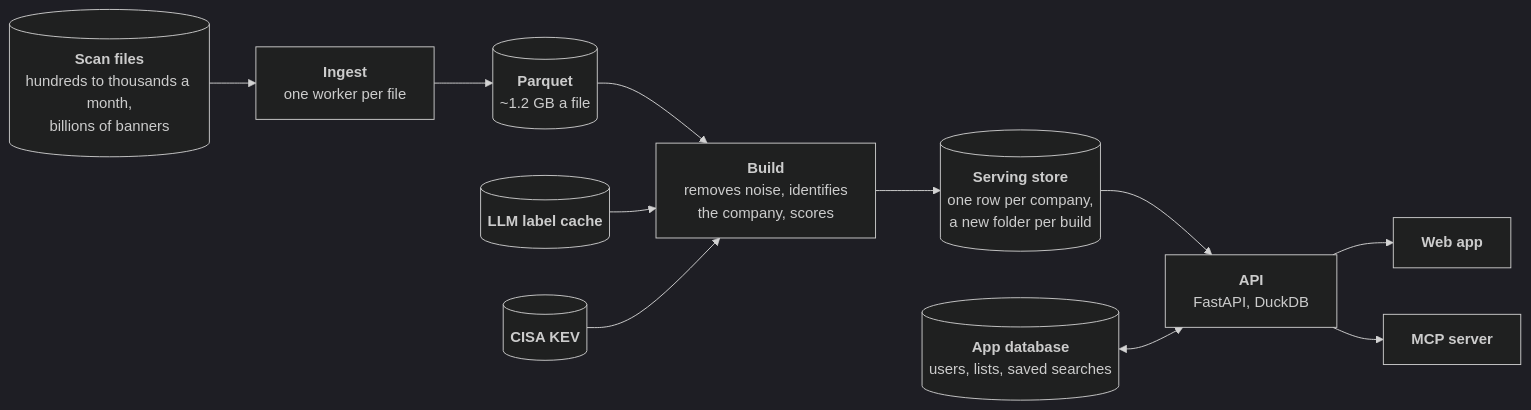
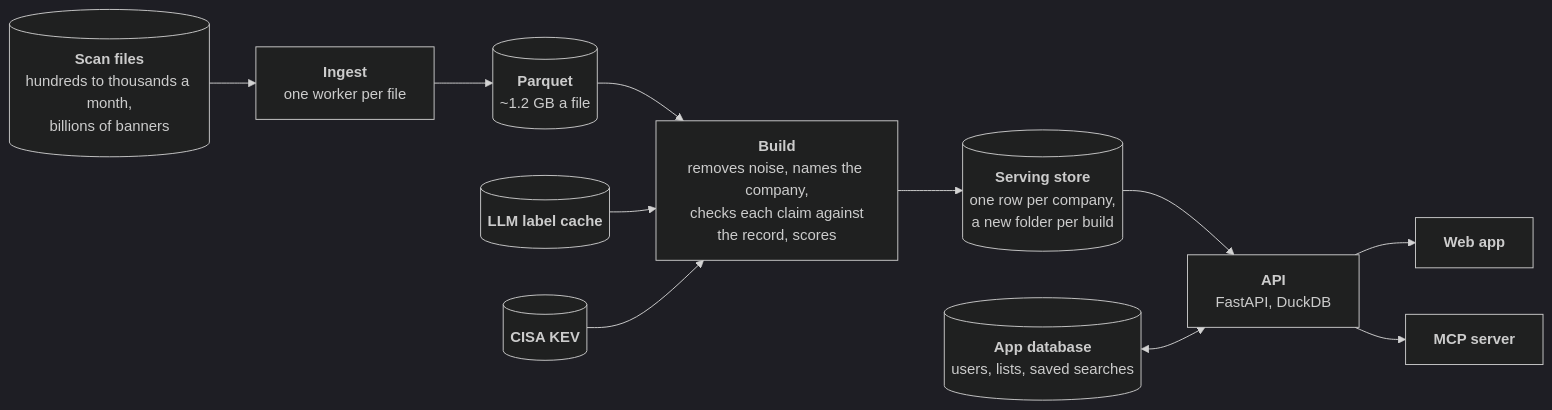
The first of 2 diagrams in README.md (SahilChoudhary22/recon-sales-intelligence), drawn with Mermaid (dark theme) before and after one commit. The commit also changed other lines of this file and 2 other files, not shown here.

First line of the commit message:
Docs: end-to-end tracing design, cutting LLM cost further, stack and agents decision; diagrams brought up to date

````diff
--- a/README.md
+++ b/README.md
@@ -92,13 +97,13 @@
 ```mermaid
 flowchart LR
   files[("<b>Scan files</b><br/>hundreds to thousands a month,<br/>billions of banners")] --> ingest["<b>Ingest</b><br/>one worker per file"]
   ingest --> lake[("<b>Parquet</b><br/>~1.2 GB a file")]
-  lake --> build["<b>Build</b><br/>removes noise, identifies<br/>the company, scores"]
+  lake --> build["<b>Build</b><br/>removes noise, names the company,<br/>checks each claim against<br/>the record, scores"]
   labels[("<b>LLM label cache</b>")] --> build
   kev[("<b>CISA KEV</b>")] --> build
   build --> store[("<b>Serving store</b><br/>one row per company,<br/>a new folder per build")]
   store --> api["<b>API</b><br/>FastAPI, DuckDB"]
   appdb[("<b>App database</b><br/>users, lists, saved searches")] <--> api
   api --> app["<b>Web app</b>"]
   api --> mcp["<b>MCP server</b>"]
 ```
````
